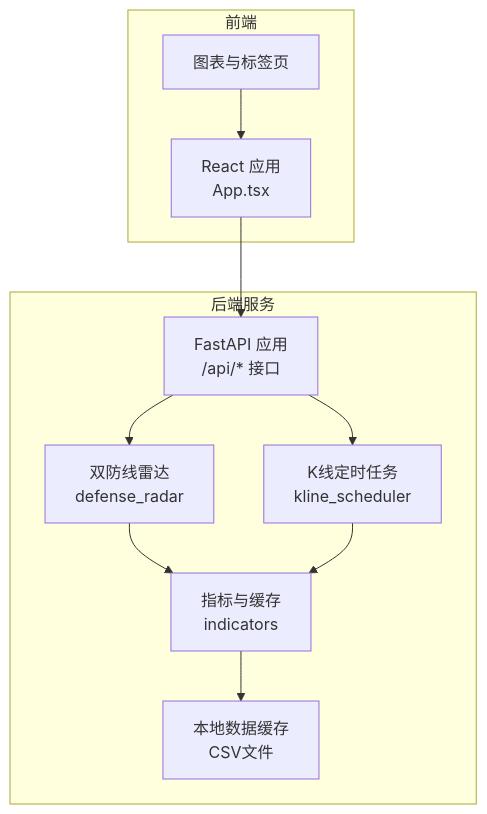
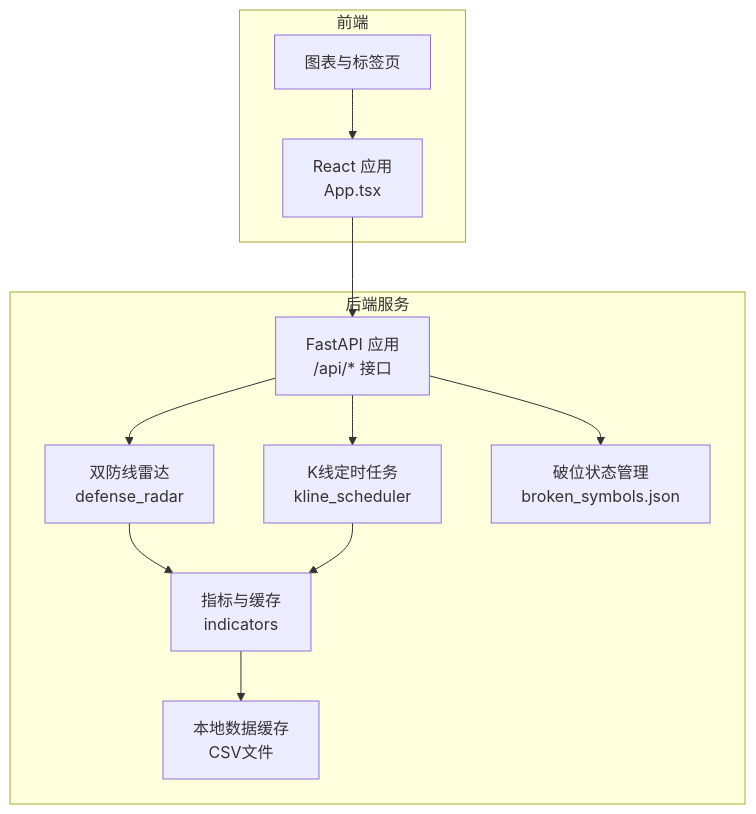
One commit to dexy1024/fin-analysis changed the first of 7 diagrams in .qoder/repowiki/zh/content/双防线雷达系统/双防线雷达系统.md. Above: the diagram before and after it, drawn with Mermaid. The commit also changed other lines of this file and 8 other files, not shown here.

````diff
--- a/.qoder/repowiki/zh/content/双防线雷达系统/双防线雷达系统.md
+++ b/.qoder/repowiki/zh/content/双防线雷达系统/双防线雷达系统.md
@@ -42,21 +52,23 @@
 ```mermaid
 graph TB
 subgraph "后端服务"
 API["FastAPI 应用<br/>/api/* 接口"]
 SCHED["K线定时任务<br/>kline_scheduler"]
 DR["双防线雷达<br/>defense_radar"]
 IND["指标与缓存<br/>indicators"]
 DATA["本地数据缓存<br/>CSV文件"]
+BROKEN["破位状态管理<br/>broken_symbols.json"]
 end
 subgraph "前端"
 FE_APP["React 应用<br/>App.tsx"]
 TABS["图表与标签页"]
 end
 FE_APP --> API
 API --> DR
 API --> SCHED
+API --> BROKEN
 DR --> IND
 IND --> DATA
 SCHED --> IND
 TABS --> FE_APP
 ```
````
